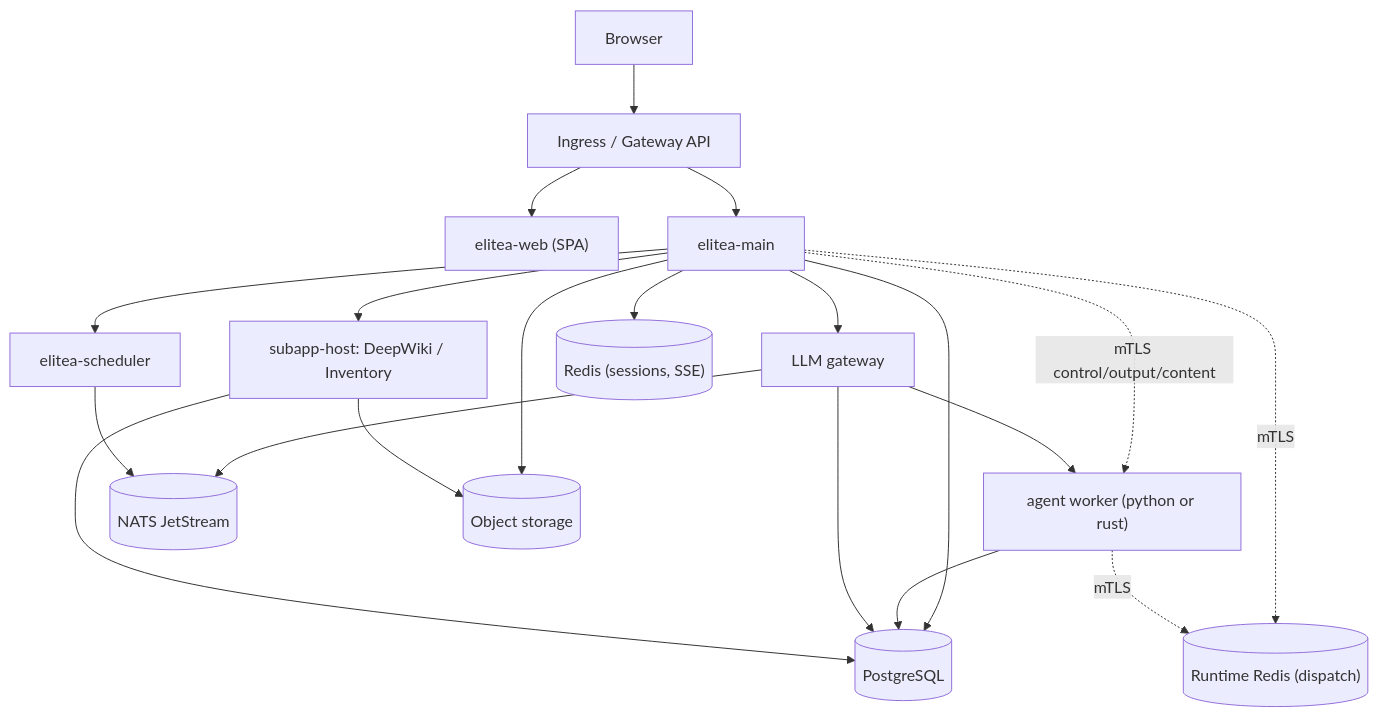
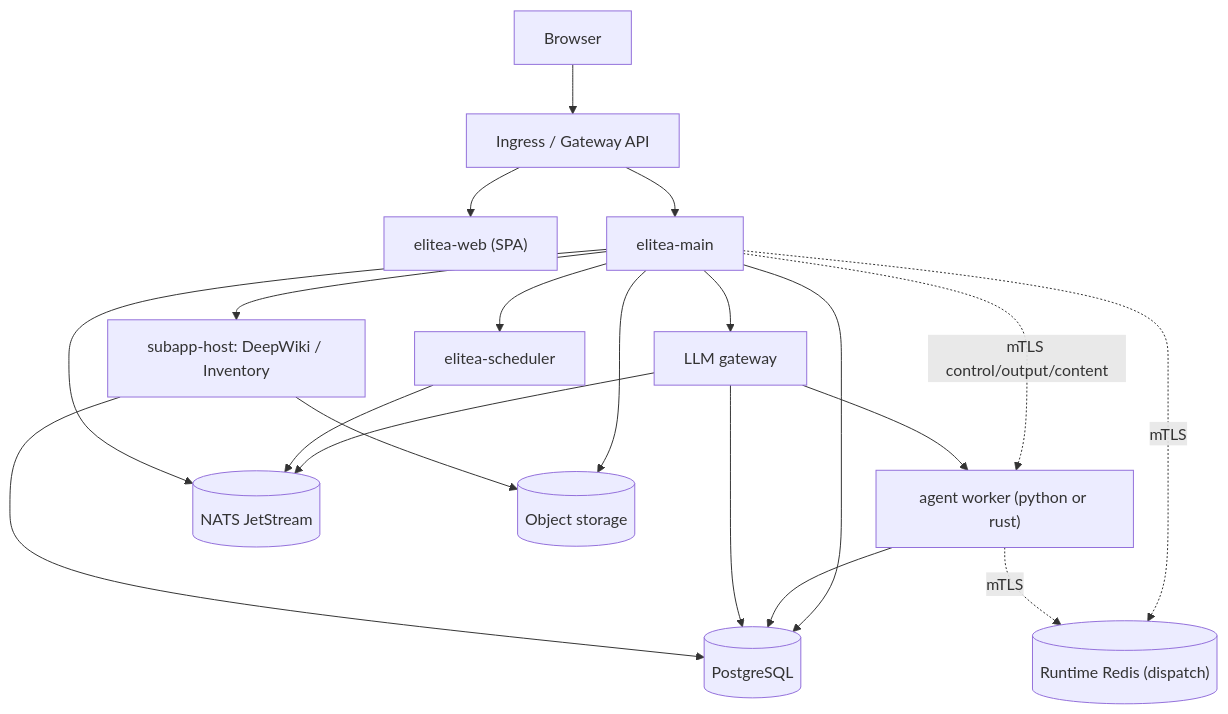
Before and after one commit to elitea-ng/elitea-platform: the diagram in apps/elitea-web/src/entries/docs/content/deployment/overview.mdx, drawn with Mermaid. The commit also changed 27 other files, not shown here.

First line of the commit message:
chore(deploy): give elitea-main the shared NATS and retire the plain Redis

````diff
--- a/apps/elitea-web/src/entries/docs/content/deployment/overview.mdx
+++ b/apps/elitea-web/src/entries/docs/content/deployment/overview.mdx
@@ -14,27 +14,27 @@
 ```mermaid
 flowchart TB
     Browser["Browser"] --> Edge["Ingress / Gateway API"]
     Edge --> Web["elitea-web (SPA)"]
     Edge --> Main["elitea-main"]
 
     Main --> Gateway["LLM gateway"]
     Main --> Scheduler["elitea-scheduler"]
     Main --> SubappHost["subapp-host: DeepWiki / Inventory"]
     Main -. mTLS control/output/content .-> Worker["agent worker (python or rust)"]
 
     Gateway --> Worker
     Gateway --> NATS[("NATS JetStream")]
     Scheduler --> NATS
 
     Main --> DB[("PostgreSQL")]
     Worker --> DB
     Gateway --> DB
     SubappHost --> DB
 
-    Main --> Redis[("Redis (sessions, SSE)")]
+    Main --> NATS
     Main -. mTLS .-> RuntimeRedis[("Runtime Redis (dispatch)")]
     Worker -. mTLS .-> RuntimeRedis
 
     Main --> Object[("Object storage")]
     SubappHost --> Object
 ```
````
